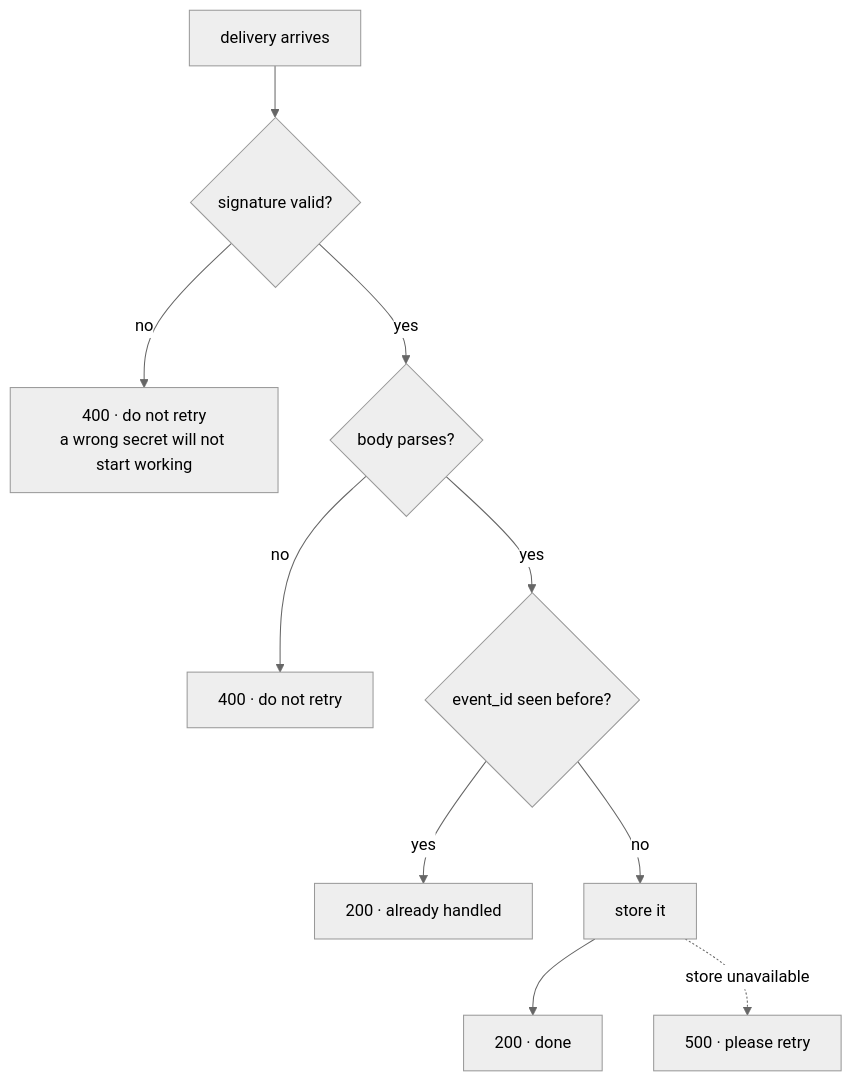
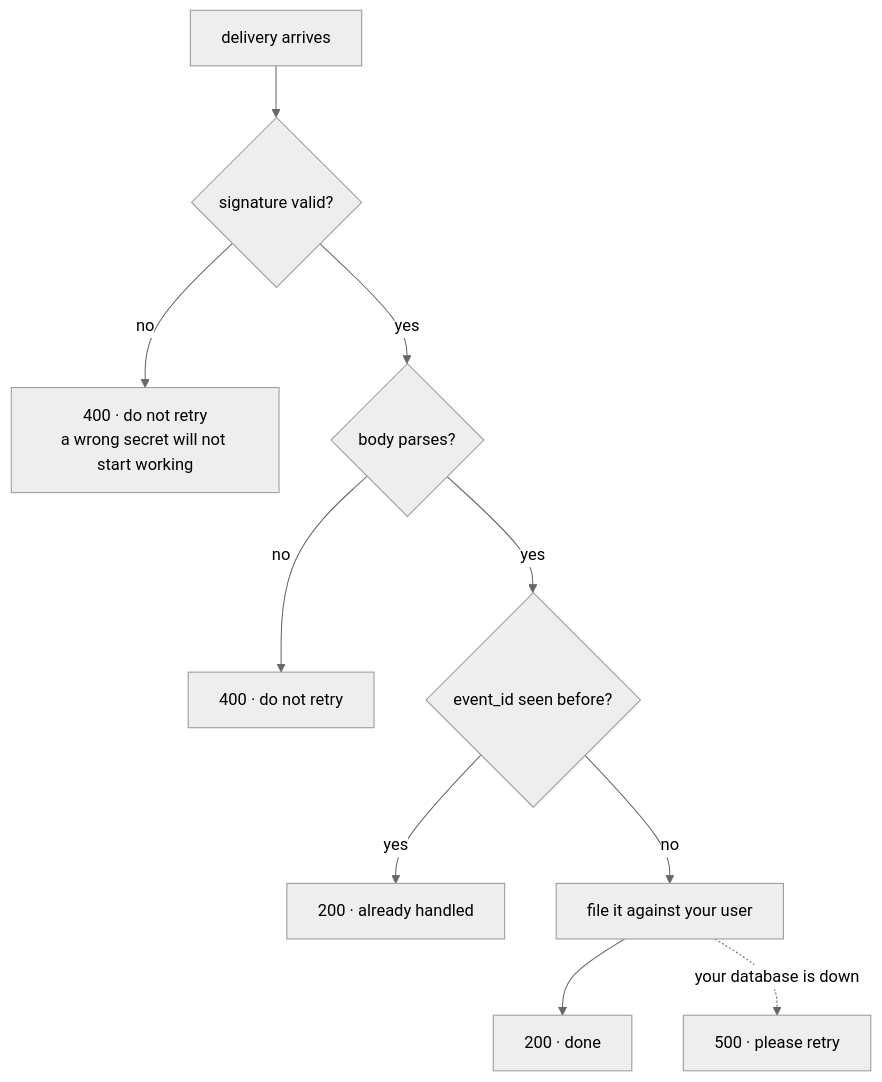
The second of 2 diagrams in examples/data-sharing/README.md (Keyring-Network/keyring-frontend-public), drawn with Mermaid (neutral theme) before and after one commit. The commit also changed other lines of this file and 4 other files, not shown here.

````diff
--- a/examples/data-sharing/README.md
+++ b/examples/data-sharing/README.md
@@ -91,12 +90,12 @@
 ```mermaid
 flowchart TD
     A[delivery arrives] --> B{signature valid?}
     B -->|no| C["400 · do not retry<br/>a wrong secret will not start working"]
     B -->|yes| D{body parses?}
     D -->|no| E["400 · do not retry"]
     D -->|yes| F{event_id seen before?}
     F -->|yes| G["200 · already handled"]
-    F -->|no| H[store it]
+    F -->|no| H[file it against your user]
     H --> I["200 · done"]
-    H -.->|store unavailable| J["500 · please retry"]
+    H -.->|your database is down| J["500 · please retry"]
 ```
````
